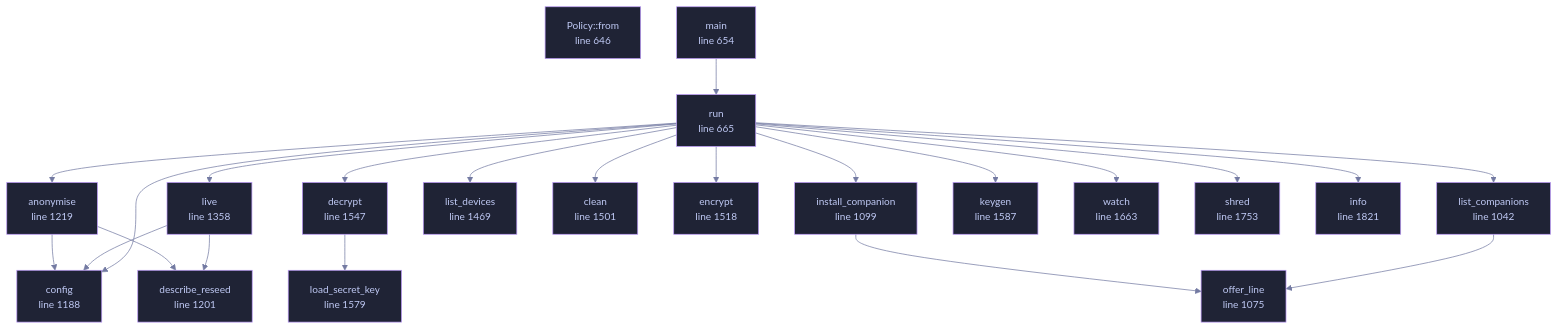
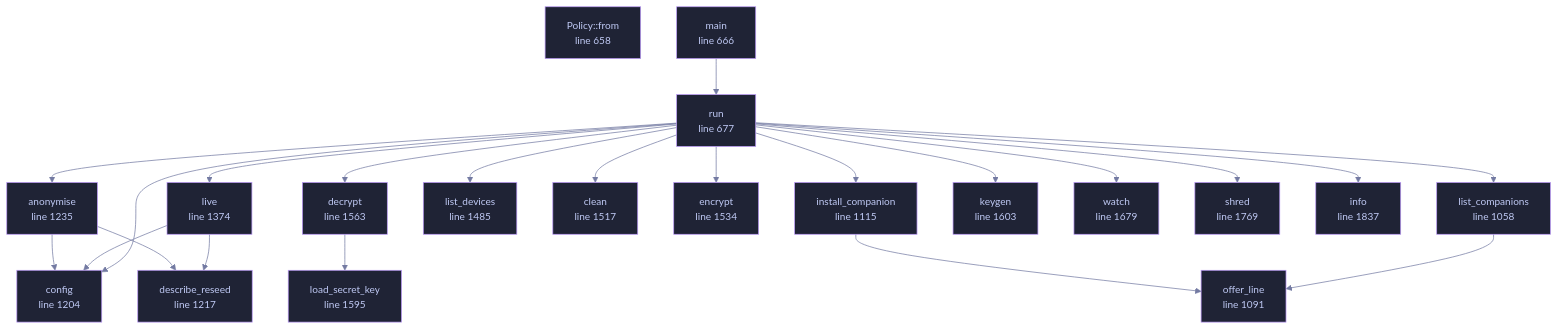
The diagram in wiki/File-veilvoice-cli-main.md (tilas01/veilvoice), drawn with Mermaid before and after one commit. The commit also changed other lines of this file and 68 other files, not shown here.

````diff
--- a/wiki/File-veilvoice-cli-main.md
+++ b/wiki/File-veilvoice-cli-main.md
@@ -113,65 +113,65 @@
 ```mermaid
 %%{init: {"theme":"base","themeVariables":{"background":"#1a1b26","primaryColor":"#1f2335","primaryTextColor":"#c0caf5","primaryBorderColor":"#7aa2f7","secondaryColor":"#16161e","tertiaryColor":"#16161e","lineColor":"#737aa2","textColor":"#c0caf5","mainBkg":"#1f2335","nodeBorder":"#7aa2f7","clusterBkg":"#16161e","clusterBorder":"#2f3549","fontFamily":"ui-monospace, SFMono-Regular, Consolas, monospace","fontSize":"14px"}}}%%
 flowchart TD
-    n_from["Policy::from<br/>line 646"]
-    n_main["main<br/>line 654"]
-    n_run["run<br/>line 665"]
-    n_list_companions["list_companions<br/>line 1042"]
-    n_offer_line["offer_line<br/>line 1075"]
-    n_install_companion["install_companion<br/>line 1099"]
-    n_config["config<br/>line 1188"]
-    n_describe_reseed["describe_reseed<br/>line 1201"]
-    n_anonymise["anonymise<br/>line 1219"]
-    n_live["live<br/>line 1358"]
-    n_list_devices["list_devices<br/>line 1469"]
-    n_clean["clean<br/>line 1501"]
-    n_encrypt["encrypt<br/>line 1518"]
-    n_decrypt["decrypt<br/>line 1547"]
-    n_load_secret_key["load_secret_key<br/>line 1579"]
-    n_keygen["keygen<br/>line 1587"]
-    n_watch["watch<br/>line 1663"]
-    n_shred["shred<br/>line 1753"]
-    n_info["info<br/>line 1821"]
+    n_from["Policy::from<br/>line 658"]
+    n_main["main<br/>line 666"]
+    n_run["run<br/>line 677"]
+    n_list_companions["list_companions<br/>line 1058"]
+    n_offer_line["offer_line<br/>line 1091"]
+    n_install_companion["install_companion<br/>line 1115"]
+    n_config["config<br/>line 1204"]
+    n_describe_reseed["describe_reseed<br/>line 1217"]
+    n_anonymise["anonymise<br/>line 1235"]
+    n_live["live<br/>line 1374"]
+    n_list_devices["list_devices<br/>line 1485"]
+    n_clean["clean<br/>line 1517"]
+    n_encrypt["encrypt<br/>line 1534"]
+    n_decrypt["decrypt<br/>line 1563"]
+    n_load_secret_key["load_secret_key<br/>line 1595"]
+    n_keygen["keygen<br/>line 1603"]
+    n_watch["watch<br/>line 1679"]
+    n_shred["shred<br/>line 1769"]
+    n_info["info<br/>line 1837"]
     n_anonymise --> n_config
     n_anonymise --> n_describe_reseed
     n_decrypt --> n_load_secret_key
     n_install_companion --> n_offer_line
     n_list_companions --> n_offer_line
     n_live --> n_config
     n_live --> n_describe_reseed
     n_main --> n_run
     n_run --> n_anonymise
     n_run --> n_clean
     n_run --> n_config
     n_run --> n_decrypt
     n_run --> n_encrypt
     n_run --> n_info
     n_run --> n_install_companion
     n_run --> n_keygen
     n_run --> n_list_companions
     n_run --> n_list_devices
     n_run --> n_live
     n_run --> n_shred
     n_run --> n_watch
-    click n_from href "https://github.com/tilas01/veilvoice/blob/main/crates/veilvoice-cli/src/main.rs#L646" "open the source"
-    click n_main href "https://github.com/tilas01/veilvoice/blob/main/crates/veilvoice-cli/src/main.rs#L654" "open the source"
-    click n_run href "https://github.com/tilas01/veilvoice/blob/main/crates/veilvoice-cli/src/main.rs#L665" "open the source"
-    click n_list_companions href "https://github.com/tilas01/veilvoice/blob/main/crates/veilvoice-cli/src/main.rs#L1042" "open the source"
-    click n_offer_line href "https://github.com/tilas01/veilvoice/blob/main/crates/veilvoice-cli/src/main.rs#L1075" "open the source"
-    click n_install_companion href "https://github.com/tilas01/veilvoice/blob/main/crates/veilvoice-cli/src/main.rs#L1099" "open the source"
-    click n_config href "https://github.com/tilas01/veilvoice/blob/main/crates/veilvoice-cli/src/main.rs#L1188" "open the source"
-    click n_describe_reseed href "https://github.com/tilas01/veilvoice/blob/main/crates/veilvoice-cli/src/main.rs#L1201" "open the source"
-    click n_anonymise href "https://github.com/tilas01/veilvoice/blob/main/crates/veilvoice-cli/src/main.rs#L1219" "open the source"
-    click n_live href "https://github.com/tilas01/veilvoice/blob/main/crates/veilvoice-cli/src/main.rs#L1358" "open the source"
-    click n_list_devices href "https://github.com/tilas01/veilvoice/blob/main/crates/veilvoice-cli/src/main.rs#L1469" "open the source"
-    click n_clean href "https://github.com/tilas01/veilvoice/blob/main/crates/veilvoice-cli/src/main.rs#L1501" "open the source"
-    click n_encrypt href "https://github.com/tilas01/veilvoice/blob/main/crates/veilvoice-cli/src/main.rs#L1518" "open the source"
-    click n_decrypt href "https://github.com/tilas01/veilvoice/blob/main/crates/veilvoice-cli/src/main.rs#L1547" "open the source"
-    click n_load_secret_key href "https://github.com/tilas01/veilvoice/blob/main/crates/veilvoice-cli/src/main.rs#L1579" "open the source"
-    click n_keygen href "https://github.com/tilas01/veilvoice/blob/main/crates/veilvoice-cli/src/main.rs#L1587" "open the source"
-    click n_watch href "https://github.com/tilas01/veilvoice/blob/main/crates/veilvoice-cli/src/main.rs#L1663" "open the source"
-    click n_shred href "https://github.com/tilas01/veilvoice/blob/main/crates/veilvoice-cli/src/main.rs#L1753" "open the source"
-    click n_info href "https://github.com/tilas01/veilvoice/blob/main/crates/veilvoice-cli/src/main.rs#L1821" "open the source"
+    click n_from href "https://github.com/tilas01/veilvoice/blob/main/crates/veilvoice-cli/src/main.rs#L658" "open the source"
+    click n_main href "https://github.com/tilas01/veilvoice/blob/main/crates/veilvoice-cli/src/main.rs#L666" "open the source"
+    click n_run href "https://github.com/tilas01/veilvoice/blob/main/crates/veilvoice-cli/src/main.rs#L677" "open the source"
+    click n_list_companions href "https://github.com/tilas01/veilvoice/blob/main/crates/veilvoice-cli/src/main.rs#L1058" "open the source"
+    click n_offer_line href "https://github.com/tilas01/veilvoice/blob/main/crates/veilvoice-cli/src/main.rs#L1091" "open the source"
+    click n_install_companion href "https://github.com/tilas01/veilvoice/blob/main/crates/veilvoice-cli/src/main.rs#L1115" "open the source"
+    click n_config href "https://github.com/tilas01/veilvoice/blob/main/crates/veilvoice-cli/src/main.rs#L1204" "open the source"
+    click n_describe_reseed href "https://github.com/tilas01/veilvoice/blob/main/crates/veilvoice-cli/src/main.rs#L1217" "open the source"
+    click n_anonymise href "https://github.com/tilas01/veilvoice/blob/main/crates/veilvoice-cli/src/main.rs#L1235" "open the source"
+    click n_live href "https://github.com/tilas01/veilvoice/blob/main/crates/veilvoice-cli/src/main.rs#L1374" "open the source"
+    click n_list_devices href "https://github.com/tilas01/veilvoice/blob/main/crates/veilvoice-cli/src/main.rs#L1485" "open the source"
+    click n_clean href "https://github.com/tilas01/veilvoice/blob/main/crates/veilvoice-cli/src/main.rs#L1517" "open the source"
+    click n_encrypt href "https://github.com/tilas01/veilvoice/blob/main/crates/veilvoice-cli/src/main.rs#L1534" "open the source"
+    click n_decrypt href "https://github.com/tilas01/veilvoice/blob/main/crates/veilvoice-cli/src/main.rs#L1563" "open the source"
+    click n_load_secret_key href "https://github.com/tilas01/veilvoice/blob/main/crates/veilvoice-cli/src/main.rs#L1595" "open the source"
+    click n_keygen href "https://github.com/tilas01/veilvoice/blob/main/crates/veilvoice-cli/src/main.rs#L1603" "open the source"
+    click n_watch href "https://github.com/tilas01/veilvoice/blob/main/crates/veilvoice-cli/src/main.rs#L1679" "open the source"
+    click n_shred href "https://github.com/tilas01/veilvoice/blob/main/crates/veilvoice-cli/src/main.rs#L1769" "open the source"
+    click n_info href "https://github.com/tilas01/veilvoice/blob/main/crates/veilvoice-cli/src/main.rs#L1837" "open the source"
     classDef helper fill:#1f2335,stroke:#bb9af7,color:#c0caf5
     class n_from,n_main,n_run,n_list_companions,n_offer_line,n_install_companion,n_config,n_describe_reseed,n_anonymise,n_live,n_list_devices,n_clean,n_encrypt,n_decrypt,n_load_secret_key,n_keygen,n_watch,n_shred,n_info helper
 ```
````
